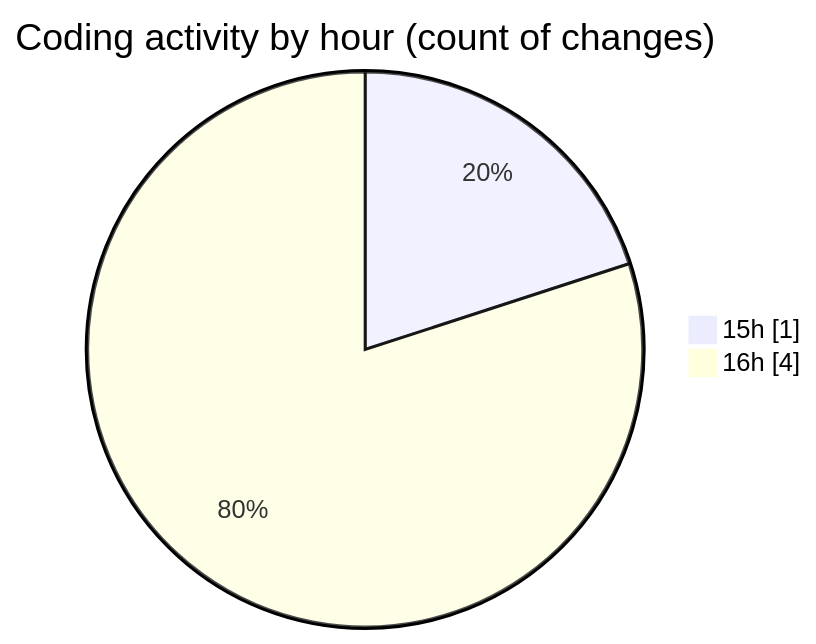
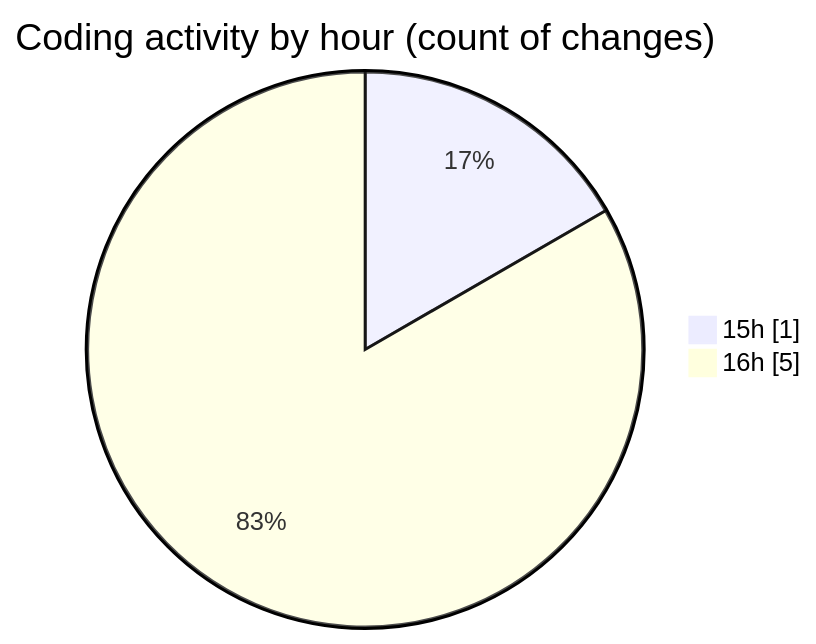
Before and after one commit to debugP/code-tracking: the second of 2 diagrams in 2025-10-14/untitled__workspace_/README.md, drawn with Mermaid. The commit also changed other lines of this file and 1 other file, not shown here.

````diff
--- a/2025-10-14/untitled__workspace_/README.md
+++ b/2025-10-14/untitled__workspace_/README.md
@@ -28,6 +28,6 @@
 ```mermaid
 pie showData
 title Coding activity by hour (count of changes)
 "15h" : 1
-"16h" : 4
+"16h" : 5
 ```
````
